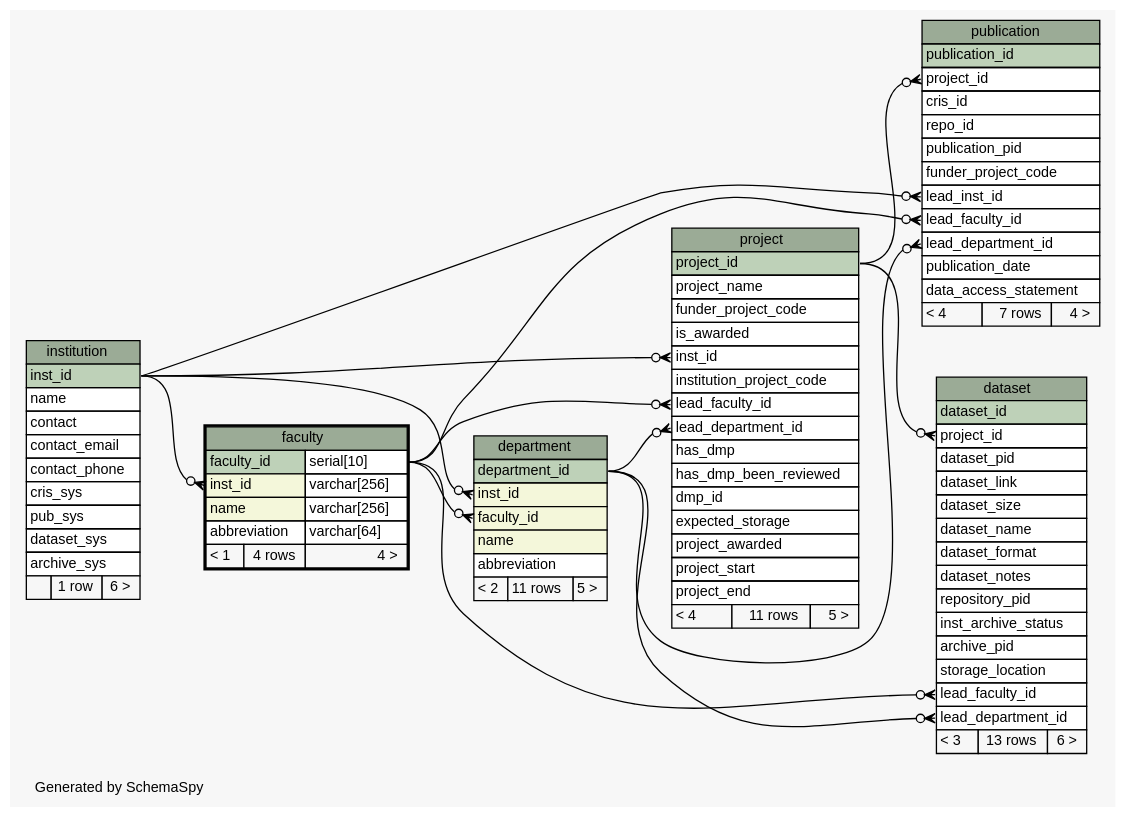
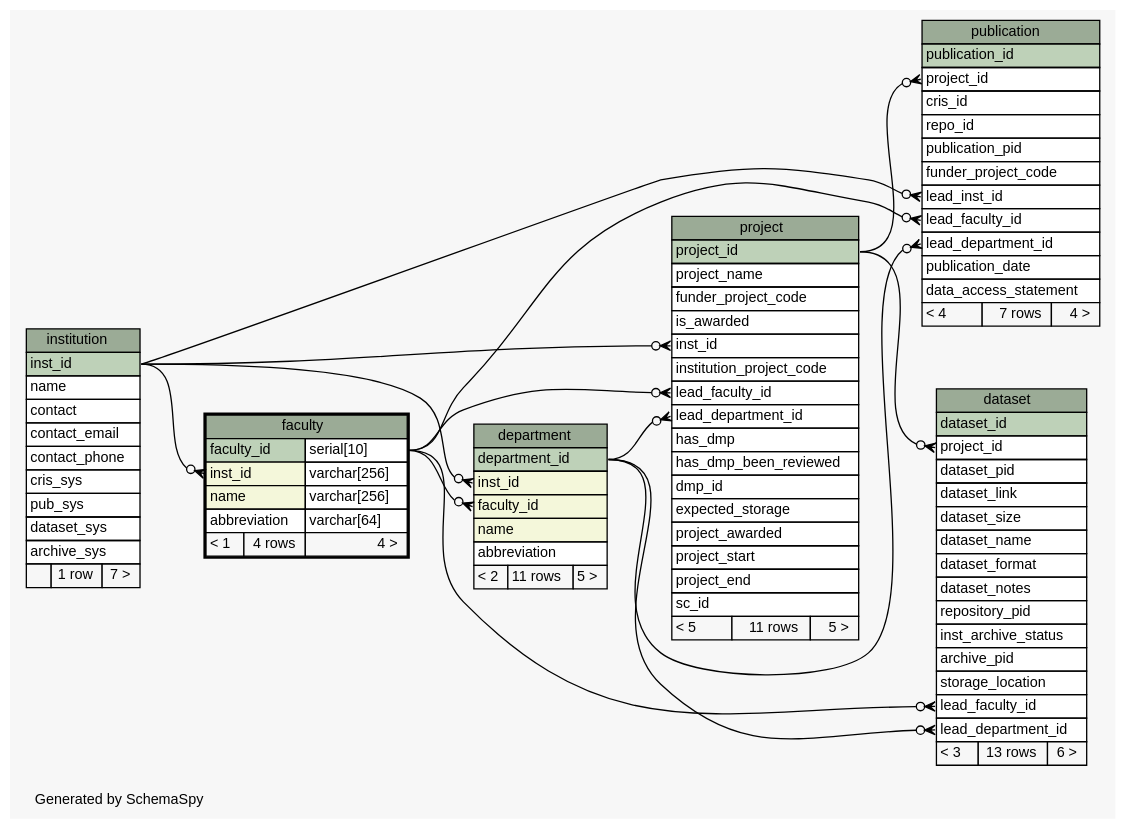
One commit to lulibrary/dmao_infrastructure changed the diagram in ss.out/diagrams/faculty.1degree.dot. Above: the diagram before and after it, drawn with Graphviz. The commit also changed 109 other files, not shown here.

```diff
--- a/ss.out/diagrams/faculty.1degree.dot
+++ b/ss.out/diagrams/faculty.1degree.dot
@@ -1,147 +1,148 @@
 // dot 2.36.0 on Linux 3.13.0-55-generic
 // SchemaSpy rev 590
 digraph "oneDegreeRelationshipsDiagram" {
   graph [
     rankdir="RL"
     bgcolor="#f7f7f7"
     label="\nGenerated by SchemaSpy"
     labeljust="l"
     nodesep="0.18"
     ranksep="0.46"
     fontname="Helvetica"
     fontsize="11"
   ];
   node [
     fontname="Helvetica"
     fontsize="11"
     shape="plaintext"
   ];
   edge [
     arrowsize="0.8"
   ];
   "dataset":"lead_department_id":w -> "department":"department_id":e [arrowhead=none dir=back arrowtail=crowodot];
   "dataset":"lead_faculty_id":w -> "faculty":"faculty_id.type":e [arrowhead=none dir=back arrowtail=crowodot];
   "dataset":"project_id":w -> "project":"project_id":e [arrowhead=none dir=back arrowtail=crowodot];
   "department":"faculty_id":w -> "faculty":"faculty_id.type":e [arrowhead=none dir=back arrowtail=crowodot];
   "department":"inst_id":w -> "institution":"inst_id":e [arrowhead=none dir=back arrowtail=crowodot];
   "faculty":"inst_id":w -> "institution":"inst_id":e [arrowhead=none dir=back arrowtail=crowodot];
   "project":"inst_id":w -> "institution":"inst_id":e [arrowhead=none dir=back arrowtail=crowodot];
   "project":"lead_department_id":w -> "department":"department_id":e [arrowhead=none dir=back arrowtail=crowodot];
   "project":"lead_faculty_id":w -> "faculty":"faculty_id.type":e [arrowhead=none dir=back arrowtail=crowodot];
   "publication":"lead_department_id":w -> "department":"department_id":e [arrowhead=none dir=back arrowtail=crowodot];
   "publication":"lead_faculty_id":w -> "faculty":"faculty_id.type":e [arrowhead=none dir=back arrowtail=crowodot];
   "publication":"lead_inst_id":w -> "institution":"inst_id":e [arrowhead=none dir=back arrowtail=crowodot];
   "publication":"project_id":w -> "project":"project_id":e [arrowhead=none dir=back arrowtail=crowodot];
   "dataset" [
     label=<
     <TABLE BORDER="0" CELLBORDER="1" CELLSPACING="0" BGCOLOR="#ffffff">
       <TR><TD COLSPAN="3" BGCOLOR="#9bab96" ALIGN="CENTER">dataset</TD></TR>
       <TR><TD PORT="dataset_id" COLSPAN="3" BGCOLOR="#bed1b8" ALIGN="LEFT">dataset_id</TD></TR>
       <TR><TD PORT="project_id" COLSPAN="3" ALIGN="LEFT">project_id</TD></TR>
       <TR><TD PORT="dataset_pid" COLSPAN="3" ALIGN="LEFT">dataset_pid</TD></TR>
       <TR><TD PORT="dataset_link" COLSPAN="3" ALIGN="LEFT">dataset_link</TD></TR>
       <TR><TD PORT="dataset_size" COLSPAN="3" ALIGN="LEFT">dataset_size</TD></TR>
       <TR><TD PORT="dataset_name" COLSPAN="3" ALIGN="LEFT">dataset_name</TD></TR>
       <TR><TD PORT="dataset_format" COLSPAN="3" ALIGN="LEFT">dataset_format</TD></TR>
       <TR><TD PORT="dataset_notes" COLSPAN="3" ALIGN="LEFT">dataset_notes</TD></TR>
       <TR><TD PORT="repository_pid" COLSPAN="3" ALIGN="LEFT">repository_pid</TD></TR>
       <TR><TD PORT="inst_archive_status" COLSPAN="3" ALIGN="LEFT">inst_archive_status</TD></TR>
       <TR><TD PORT="archive_pid" COLSPAN="3" ALIGN="LEFT">archive_pid</TD></TR>
       <TR><TD PORT="storage_location" COLSPAN="3" ALIGN="LEFT">storage_location</TD></TR>
       <TR><TD PORT="lead_faculty_id" COLSPAN="3" ALIGN="LEFT">lead_faculty_id</TD></TR>
       <TR><TD PORT="lead_department_id" COLSPAN="3" ALIGN="LEFT">lead_department_id</TD></TR>
       <TR><TD ALIGN="LEFT" BGCOLOR="#f7f7f7">&lt; 3</TD><TD ALIGN="RIGHT" BGCOLOR="#f7f7f7">13 rows</TD><TD ALIGN="RIGHT" BGCOLOR="#f7f7f7">6 &gt;</TD></TR>
     </TABLE>>
     URL="dataset.html"
     tooltip="dataset"
   ];
   "department" [
     label=<
     <TABLE BORDER="0" CELLBORDER="1" CELLSPACING="0" BGCOLOR="#ffffff">
       <TR><TD COLSPAN="3" BGCOLOR="#9bab96" ALIGN="CENTER">department</TD></TR>
       <TR><TD PORT="department_id" COLSPAN="3" BGCOLOR="#bed1b8" ALIGN="LEFT">department_id</TD></TR>
       <TR><TD PORT="inst_id" COLSPAN="3" BGCOLOR="#f4f7da" ALIGN="LEFT">inst_id</TD></TR>
       <TR><TD PORT="faculty_id" COLSPAN="3" BGCOLOR="#f4f7da" ALIGN="LEFT">faculty_id</TD></TR>
       <TR><TD PORT="name" COLSPAN="3" BGCOLOR="#f4f7da" ALIGN="LEFT">name</TD></TR>
       <TR><TD PORT="abbreviation" COLSPAN="3" ALIGN="LEFT">abbreviation</TD></TR>
       <TR><TD ALIGN="LEFT" BGCOLOR="#f7f7f7">&lt; 2</TD><TD ALIGN="RIGHT" BGCOLOR="#f7f7f7">11 rows</TD><TD ALIGN="RIGHT" BGCOLOR="#f7f7f7">5 &gt;</TD></TR>
     </TABLE>>
     URL="department.html"
     tooltip="department"
   ];
   "faculty" [
     label=<
     <TABLE BORDER="2" CELLBORDER="1" CELLSPACING="0" BGCOLOR="#ffffff">
       <TR><TD COLSPAN="3" BGCOLOR="#9bab96" ALIGN="CENTER">faculty</TD></TR>
       <TR><TD PORT="faculty_id" COLSPAN="2" BGCOLOR="#bed1b8" ALIGN="LEFT">faculty_id</TD><TD PORT="faculty_id.type" ALIGN="LEFT">serial[10]</TD></TR>
       <TR><TD PORT="inst_id" COLSPAN="2" BGCOLOR="#f4f7da" ALIGN="LEFT">inst_id</TD><TD PORT="inst_id.type" ALIGN="LEFT">varchar[256]</TD></TR>
       <TR><TD PORT="name" COLSPAN="2" BGCOLOR="#f4f7da" ALIGN="LEFT">name</TD><TD PORT="name.type" ALIGN="LEFT">varchar[256]</TD></TR>
       <TR><TD PORT="abbreviation" COLSPAN="2" ALIGN="LEFT">abbreviation</TD><TD PORT="abbreviation.type" ALIGN="LEFT">varchar[64]</TD></TR>
       <TR><TD ALIGN="LEFT" BGCOLOR="#f7f7f7">&lt; 1</TD><TD ALIGN="RIGHT" BGCOLOR="#f7f7f7">4 rows</TD><TD ALIGN="RIGHT" BGCOLOR="#f7f7f7">4 &gt;</TD></TR>
     </TABLE>>
     URL="faculty.html"
     tooltip="faculty"
   ];
   "institution" [
     label=<
     <TABLE BORDER="0" CELLBORDER="1" CELLSPACING="0" BGCOLOR="#ffffff">
       <TR><TD COLSPAN="3" BGCOLOR="#9bab96" ALIGN="CENTER">institution</TD></TR>
       <TR><TD PORT="inst_id" COLSPAN="3" BGCOLOR="#bed1b8" ALIGN="LEFT">inst_id</TD></TR>
       <TR><TD PORT="name" COLSPAN="3" ALIGN="LEFT">name</TD></TR>
       <TR><TD PORT="contact" COLSPAN="3" ALIGN="LEFT">contact</TD></TR>
       <TR><TD PORT="contact_email" COLSPAN="3" ALIGN="LEFT">contact_email</TD></TR>
       <TR><TD PORT="contact_phone" COLSPAN="3" ALIGN="LEFT">contact_phone</TD></TR>
       <TR><TD PORT="cris_sys" COLSPAN="3" ALIGN="LEFT">cris_sys</TD></TR>
       <TR><TD PORT="pub_sys" COLSPAN="3" ALIGN="LEFT">pub_sys</TD></TR>
       <TR><TD PORT="dataset_sys" COLSPAN="3" ALIGN="LEFT">dataset_sys</TD></TR>
       <TR><TD PORT="archive_sys" COLSPAN="3" ALIGN="LEFT">archive_sys</TD></TR>
-      <TR><TD ALIGN="LEFT" BGCOLOR="#f7f7f7">  </TD><TD ALIGN="RIGHT" BGCOLOR="#f7f7f7">1 row</TD><TD ALIGN="RIGHT" BGCOLOR="#f7f7f7">6 &gt;</TD></TR>
+      <TR><TD ALIGN="LEFT" BGCOLOR="#f7f7f7">  </TD><TD ALIGN="RIGHT" BGCOLOR="#f7f7f7">1 row</TD><TD ALIGN="RIGHT" BGCOLOR="#f7f7f7">7 &gt;</TD></TR>
     </TABLE>>
     URL="institution.html"
     tooltip="institution"
   ];
   "project" [
     label=<
     <TABLE BORDER="0" CELLBORDER="1" CELLSPACING="0" BGCOLOR="#ffffff">
       <TR><TD COLSPAN="3" BGCOLOR="#9bab96" ALIGN="CENTER">project</TD></TR>
       <TR><TD PORT="project_id" COLSPAN="3" BGCOLOR="#bed1b8" ALIGN="LEFT">project_id</TD></TR>
       <TR><TD PORT="project_name" COLSPAN="3" ALIGN="LEFT">project_name</TD></TR>
       <TR><TD PORT="funder_project_code" COLSPAN="3" ALIGN="LEFT">funder_project_code</TD></TR>
       <TR><TD PORT="is_awarded" COLSPAN="3" ALIGN="LEFT">is_awarded</TD></TR>
       <TR><TD PORT="inst_id" COLSPAN="3" ALIGN="LEFT">inst_id</TD></TR>
       <TR><TD PORT="institution_project_code" COLSPAN="3" ALIGN="LEFT">institution_project_code</TD></TR>
       <TR><TD PORT="lead_faculty_id" COLSPAN="3" ALIGN="LEFT">lead_faculty_id</TD></TR>
       <TR><TD PORT="lead_department_id" COLSPAN="3" ALIGN="LEFT">lead_department_id</TD></TR>
       <TR><TD PORT="has_dmp" COLSPAN="3" ALIGN="LEFT">has_dmp</TD></TR>
       <TR><TD PORT="has_dmp_been_reviewed" COLSPAN="3" ALIGN="LEFT">has_dmp_been_reviewed</TD></TR>
       <TR><TD PORT="dmp_id" COLSPAN="3" ALIGN="LEFT">dmp_id</TD></TR>
       <TR><TD PORT="expected_storage" COLSPAN="3" ALIGN="LEFT">expected_storage</TD></TR>
       <TR><TD PORT="project_awarded" COLSPAN="3" ALIGN="LEFT">project_awarded</TD></TR>
       <TR><TD PORT="project_start" COLSPAN="3" ALIGN="LEFT">project_start</TD></TR>
       <TR><TD PORT="project_end" COLSPAN="3" ALIGN="LEFT">project_end</TD></TR>
-      <TR><TD ALIGN="LEFT" BGCOLOR="#f7f7f7">&lt; 4</TD><TD ALIGN="RIGHT" BGCOLOR="#f7f7f7">11 rows</TD><TD ALIGN="RIGHT" BGCOLOR="#f7f7f7">5 &gt;</TD></TR>
+      <TR><TD PORT="sc_id" COLSPAN="3" ALIGN="LEFT">sc_id</TD></TR>
+      <TR><TD ALIGN="LEFT" BGCOLOR="#f7f7f7">&lt; 5</TD><TD ALIGN="RIGHT" BGCOLOR="#f7f7f7">11 rows</TD><TD ALIGN="RIGHT" BGCOLOR="#f7f7f7">5 &gt;</TD></TR>
     </TABLE>>
     URL="project.html"
     tooltip="project"
   ];
   "publication" [
     label=<
     <TABLE BORDER="0" CELLBORDER="1" CELLSPACING="0" BGCOLOR="#ffffff">
       <TR><TD COLSPAN="3" BGCOLOR="#9bab96" ALIGN="CENTER">publication</TD></TR>
       <TR><TD PORT="publication_id" COLSPAN="3" BGCOLOR="#bed1b8" ALIGN="LEFT">publication_id</TD></TR>
       <TR><TD PORT="project_id" COLSPAN="3" ALIGN="LEFT">project_id</TD></TR>
       <TR><TD PORT="cris_id" COLSPAN="3" ALIGN="LEFT">cris_id</TD></TR>
       <TR><TD PORT="repo_id" COLSPAN="3" ALIGN="LEFT">repo_id</TD></TR>
       <TR><TD PORT="publication_pid" COLSPAN="3" ALIGN="LEFT">publication_pid</TD></TR>
       <TR><TD PORT="funder_project_code" COLSPAN="3" ALIGN="LEFT">funder_project_code</TD></TR>
       <TR><TD PORT="lead_inst_id" COLSPAN="3" ALIGN="LEFT">lead_inst_id</TD></TR>
       <TR><TD PORT="lead_faculty_id" COLSPAN="3" ALIGN="LEFT">lead_faculty_id</TD></TR>
       <TR><TD PORT="lead_department_id" COLSPAN="3" ALIGN="LEFT">lead_department_id</TD></TR>
       <TR><TD PORT="publication_date" COLSPAN="3" ALIGN="LEFT">publication_date</TD></TR>
       <TR><TD PORT="data_access_statement" COLSPAN="3" ALIGN="LEFT">data_access_statement</TD></TR>
       <TR><TD ALIGN="LEFT" BGCOLOR="#f7f7f7">&lt; 4</TD><TD ALIGN="RIGHT" BGCOLOR="#f7f7f7">7 rows</TD><TD ALIGN="RIGHT" BGCOLOR="#f7f7f7">4 &gt;</TD></TR>
     </TABLE>>
     URL="publication.html"
     tooltip="publication"
   ];
 }
```
